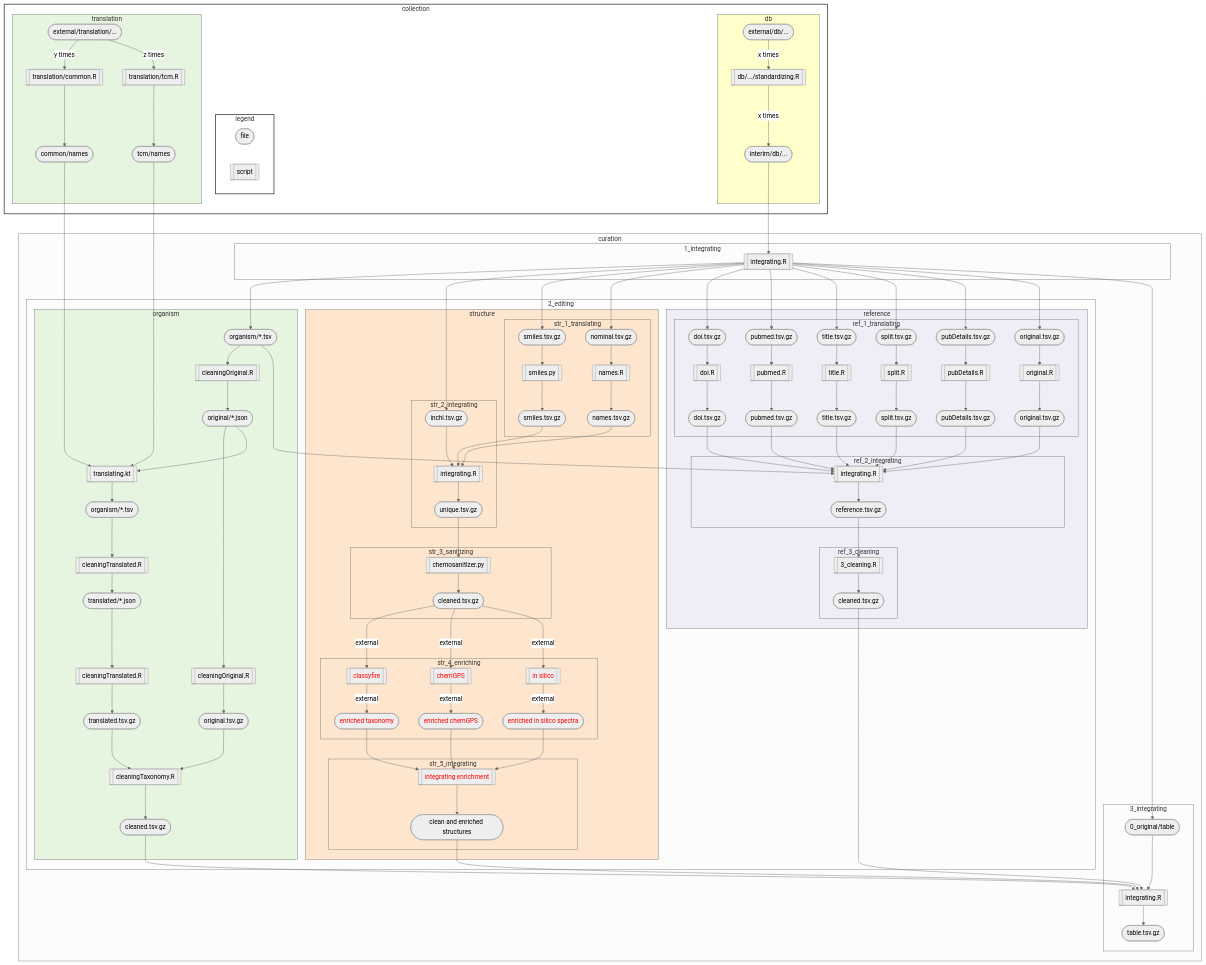
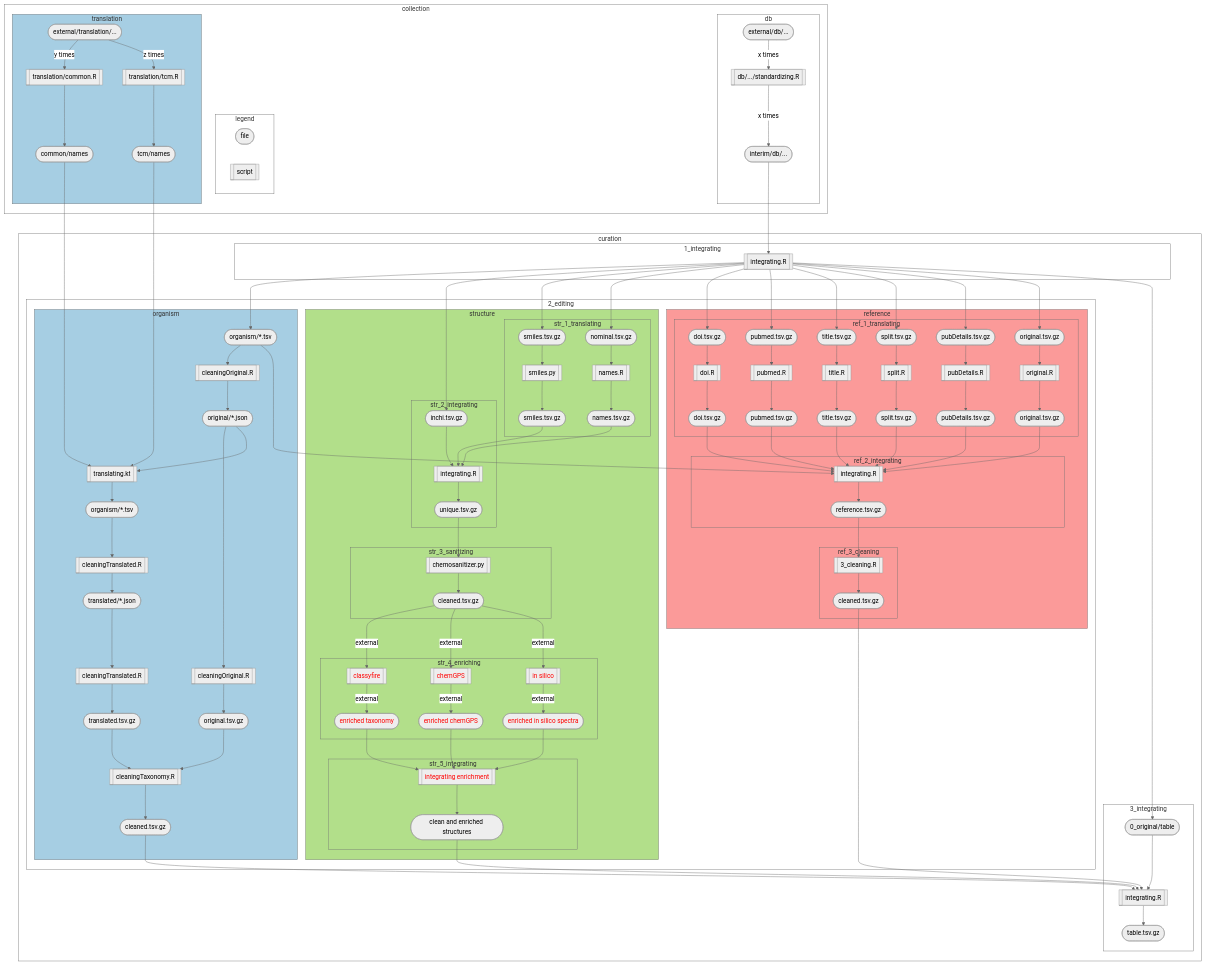
Before and after one commit to lotusnprod/lotus-processor: the diagram in flowchart.mmd, drawn with Mermaid (neutral theme). The commit also changed 1 other file, not shown here.

Commit message:
[flowchart] update

```diff
--- a/flowchart.mmd
+++ b/flowchart.mmd
@@ -1,172 +1,176 @@
 graph TD
 
 subgraph collection
-style collection fill:#FFFFFF,stroke:#424242,stroke-width:2px
+style collection fill:#FFFFFF
 subgraph legend
-style legend fill:#FFFFFF,stroke:#424242,stroke-width:2px
+style legend fill:#FFFFFF
 A([file])
 B[[script]]
 end
 
 subgraph db
-style db fill:#ffffcc
+style db fill:#FFFFFF
 010([external/db/...]) -- x times --> 020[[db/.../standardizing.R]] -- x times --> 030([interim/db/...])
 end
 
 subgraph translation
-style translation fill:#E5F5E0
+style translation fill:#A6CEE3
 010([external/db/...])
 011([external/translation/...]) -- y times --> 040[[translation/common.R]] --> 050([common/names])
 010([external/db/...])
 011([external/translation/...]) -- z times --> 060[[translation/tcm.R]] --> 070([tcm/names])
 end
 
 end
 
 050([common/names]) --> 105[[2_translating.kt]]
 070([tcm/names]) --> 105[[2_translating.kt]]
 
 subgraph curation
+style curation fill:#FFFFFF
 subgraph 1_integrating
+style 1_integrating fill:#FFFFFF
 030([interim/db/...])  --> 080[[integrating.R]]
 end
 
 subgraph 2_editing
+style 2_editing fill:#FFFFFF
 subgraph organism
 080[[integrating.R]] --> 100([organism/*.tsv])
-style organism fill:#E5F5E0
+style organism fill:#A6CEE3
 100([organism/*.tsv]) -->
     101[[cleaningOriginal.R]] -->
         102([original/*.json]) -->
             103[[cleaningOriginal.R]] -->
                 104([original.tsv.gz]) -->
                     111[[cleaningTaxonomy.R]]
         102([original/*.json]) -->
             105[[translating.kt]] -->
                 106([organism/*.tsv]) -->
                     107[[cleaningTranslated.R]] -->
                         108([translated/*.json]) -->
                             109[[cleaningTranslated.R]] -->
                                 110([translated.tsv.gz]) -->
                                     111[[cleaningTaxonomy.R]] -->
                                         120([cleaned.tsv.gz])
 end
 
 subgraph structure
-style structure fill:#FEE6CE
+style structure fill:#B2DF8A
 080[[integrating.R]] --> 210([inchi.tsv.gz])
 080[[integrating.R]] --> 220([smiles.tsv.gz])
 080[[integrating.R]] --> 230([nominal.tsv.gz])
 subgraph str_1_translating
-style str_1_translating fill:#FEE6CE
+style str_1_translating fill:#B2DF8A
 220([smiles.tsv.gz]) -->
     221[[smiles.py]] -->
         222([smiles.tsv.gz])
 230([nominal.tsv.gz]) -->
     231[[names.R]] -->
         232([names.tsv.gz])
 end
 
 subgraph str_2_integrating
-style str_2_integrating fill:#FEE6CE
+style str_2_integrating fill:#B2DF8A
 210([inchi.tsv.gz]) --> 240[[integrating.R]]
 222([smiles.tsv.gz]) --> 240[[integrating.R]]
 232([names.tsv.gz]) --> 240[[integrating.R]]
     --> 250([unique.tsv.gz])
 end
 
 subgraph str_3_sanitizing
-style str_3_sanitizing fill:#FEE6CE
+style str_3_sanitizing fill:#B2DF8A
 250([unique.tsv.gz]) --> 260[[chemosanitizer.py]] -->
     270([cleaned.tsv.gz])
 end
 
 subgraph str_4_enriching
-style str_4_enriching fill:#FEE6CE
+style str_4_enriching fill:#B2DF8A
 270([cleaned.tsv.gz]) -->
     |external| 281[[classyfire]] -->
         |external| 291([enriched taxonomy])
 270([cleaned.tsv.gz]) -->
     |external| 282[[chemGPS]] -->
         |external| 292([enriched chemGPS])
 270([cleaned.tsv.gz]) -->
     |external| 283[[in silico]] -->
         |external| 293([enriched in silico spectra])
 end
 
 subgraph str_5_integrating
-style str_5_integrating fill:#FEE6CE
+style str_5_integrating fill:#B2DF8A
 291([enriched taxonomy]) --> 298[[integrating enrichment]]
 292([enriched chemGPS]) --> 298[[integrating enrichment]]
 293([enriched in silico spectra]) --> 298[[integrating enrichment]]
 298[[integrating enrichment]] --> 299([clean and enriched structures])
 end
 classDef NotDone color:red
 class 281,291,282,292,283,293,298 NotDone
 
 end
 
 subgraph reference
-style reference fill:#EFEDF5
+style reference fill:#FB9A99
 080[[integrating.R]] --> 320([doi.tsv.gz])
 080[[integrating.R]] --> 330([pubmed.tsv.gz])
 080[[integrating.R]] --> 340([title.tsv.gz])
 080[[integrating.R]] --> 350([split.tsv.gz])
 080[[integrating.R]] --> 361([pubDetails.tsv.gz])
 080[[integrating.R]] --> 370([original.tsv.gz])
 
 subgraph ref_1_translating
-style ref_1_translating fill:#EFEDF5
+style ref_1_translating fill:#FB9A99
 320([doi.tsv.gz]) -->
     321[[doi.R]] -->
         322([doi.tsv.gz])
 330([pubmed.tsv.gz]) -->
     331[[pubmed.R]] -->
         332([pubmed.tsv.gz])
 340([title.tsv.gz]) -->
     341[[title.R]] -->
         342([title.tsv.gz])
 350([split.tsv.gz]) -->
     351[[split.R]] -->
         352([split.tsv.gz])
 361([pubDetails.tsv.gz]) -->
     363[[pubDetails.R]] -->
         362([pubDetails.tsv.gz])
 370([original.tsv.gz]) -->
     371[[original.R]] -->
         372([original.tsv.gz])
 end
 subgraph ref_2_integrating
-style ref_2_integrating fill:#EFEDF5
+style ref_2_integrating fill:#FB9A99
 100([organism/*.tsv]) --> 360[[integrating.R]]
 322([doi.tsv.gz]) --> 360[[integrating.R]]
 332([pubmed.tsv.gz]) --> 360[[integrating.R]]
 342([title.tsv.gz]) --> 360[[integrating.R]]
 352([split.tsv.gz]) --> 360[[integrating.R]]
 362([pubDetails.tsv.gz]) --> 360[[integrating.R]]
 372([original.tsv.gz]) --> 360[[integrating.R]] -->
     380([reference.tsv.gz])
 end
 subgraph ref_3_cleaning
-style ref_3_cleaning fill:#EFEDF5
+style ref_3_cleaning fill:#FB9A99
 380([reference.tsv.gz]) -->
     385[[3_cleaning.R]] -->
         390([cleaned.tsv.gz])
 end
 end
 end
 subgraph 3_integrating
+style 3_integrating fill:#FFFFFF
 080[[integrating.R]] --> 400([0_original/table])
 120([cleaned.tsv.gz]) -->
 998[[integrating.R]]
 
 299([clean and enriched structures]) -->
 998[[integrating.R]]
 
 390([cleaned.tsv.gz]) -->
 998[[integrating.R]]
 
 400([0_original/table]) -->
     998[[integrating.R]] --> 999([table.tsv.gz])
 end
 end
```
